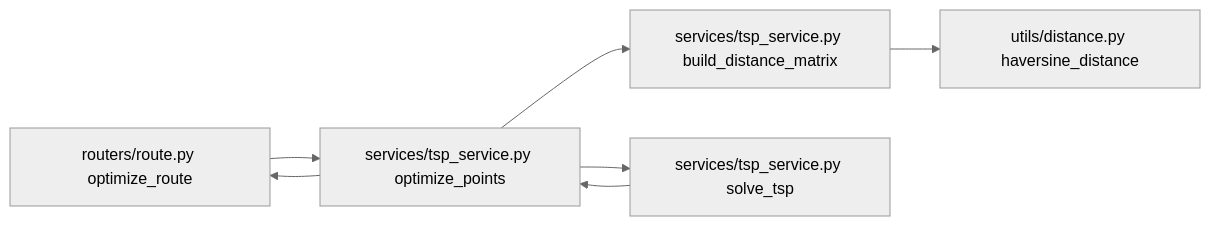
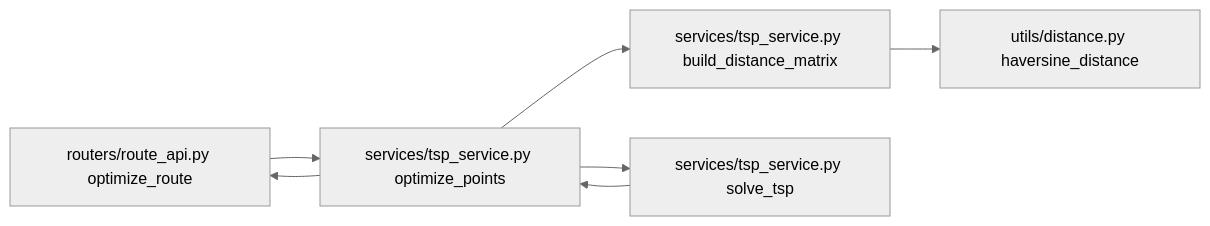
Before and after one commit to Duy-Nguyen-2006/Project1-Road-Finder: the third of 10 diagrams in backend/Backend-Structure.md, drawn with Mermaid (neutral theme). The commit also changed other lines of this file and 20 other files, not shown here.

````diff
--- a/backend/Backend-Structure.md
+++ b/backend/Backend-Structure.md
@@ -119,9 +119,9 @@
 ```mermaid
 flowchart LR
-    API[routers/route.py optimize_route] --> OPT[services/tsp_service.py optimize_points]
+    API[routers/route_api.py optimize_route] --> OPT[services/tsp_service.py optimize_points]
     OPT --> MATRIX[services/tsp_service.py build_distance_matrix]
     MATRIX --> DIST[utils/distance.py haversine_distance]
     OPT --> SOLVE[services/tsp_service.py solve_tsp]
     SOLVE --> OPT
     OPT --> API
 ```
````
